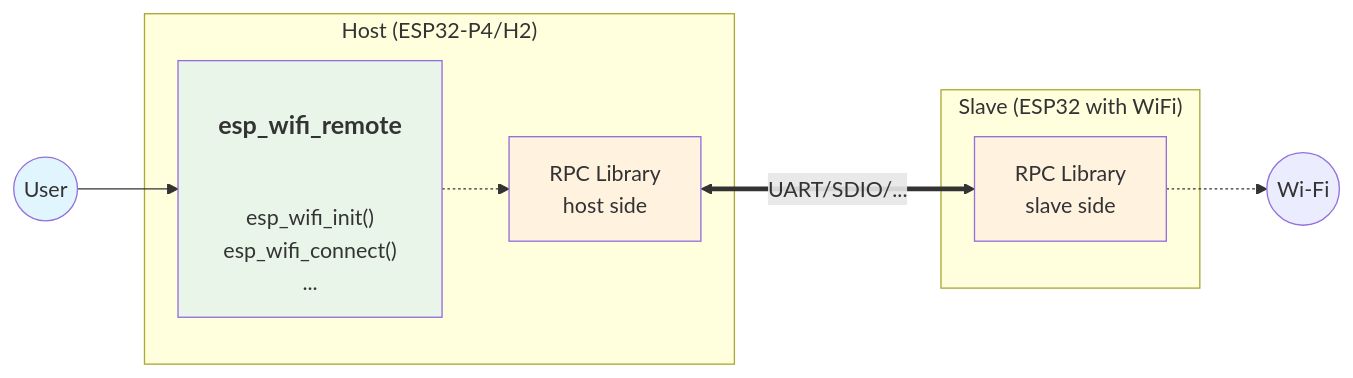
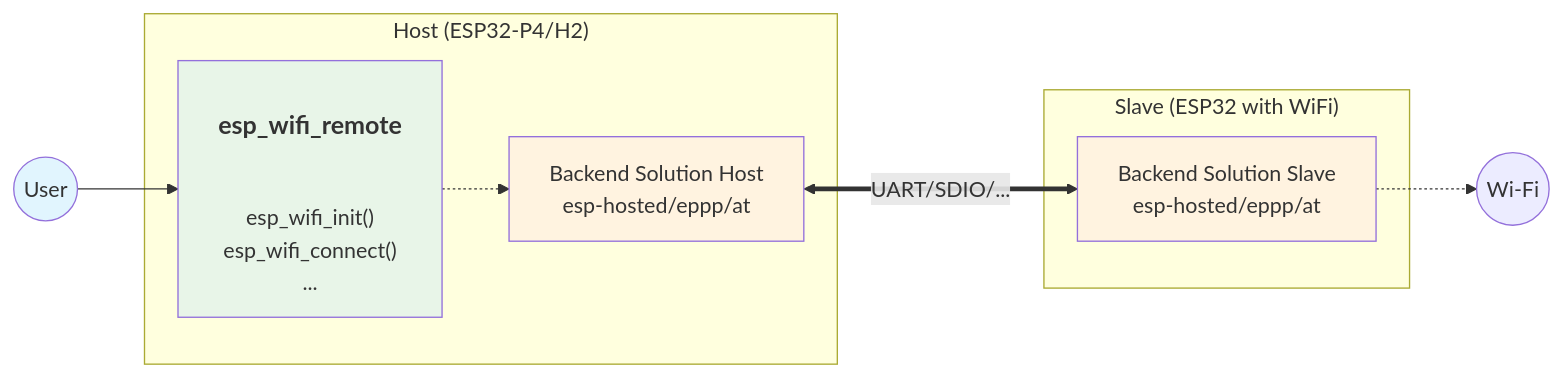
The third of 5 diagrams in content/blog/2025/08/esp-wifi-remote/index.md (espressif/developer-portal), drawn with Mermaid before and after one commit. The commit also changed other lines of this file and 10 other files, not shown here.

````diff
--- a/content/blog/2025/08/esp-wifi-remote/index.md
+++ b/content/blog/2025/08/esp-wifi-remote/index.md
@@ -88,22 +88,22 @@
 ```mermaid
 graph LR
     U((User)) --> REMOTE["<h3>esp_wifi_remote</h3><br/>esp_wifi_init()<br/>esp_wifi_connect()<br/>..."]
 
     subgraph "Host (ESP32-P4/H2)"
-        REMOTE -.-> RPC[RPC Library<br/>host side]
+        REMOTE -.-> RPC[Backend Solution Host<br/>esp-hosted/eppp/at]
     end
 
 
     subgraph "Slave (ESP32 with WiFi)"
         RPC <==UART/SDIO/...==> SLAVE_RPC
     end
 
-    SLAVE_RPC[RPC Library<br/>slave side] -.-> ANT
+    SLAVE_RPC[Backend Solution Slave<br/>esp-hosted/eppp/at] -.-> ANT
     ANT((Wi-Fi))
 
 
     style U fill:#e1f5fe
     style REMOTE fill:#e8f5e8
     style RPC fill:#fff3e0
     style SLAVE_RPC fill:#fff3e0
 ```
````
